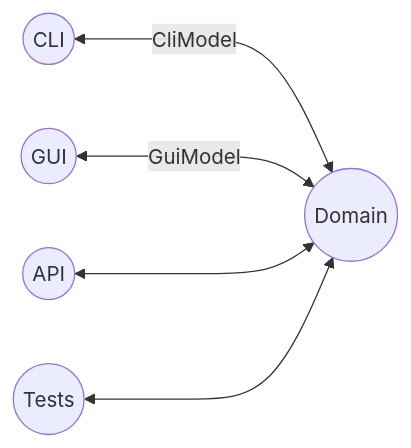
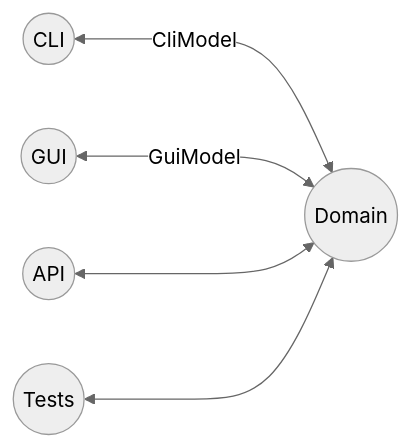
One commit to openvinotoolkit/datumaro changed the second of 2 diagrams in site/content/en/docs/developer_manual.md. Above: the diagram before and after it, drawn with Mermaid. The commit also changed other lines of this file and 54 other files, not shown here.

````diff
--- a/site/content/en/docs/developer_manual.md
+++ b/site/content/en/docs/developer_manual.md
@@ -350,7 +453,8 @@
 ```mermaid
+%%{init { 'theme':'neutral' }}%%
 flowchart LR
     c((CLI))<--CliModel--->d((Domain))
     g((GUI))<--GuiModel--->d
     a((API))<--->d
     t((Tests))<--->d
 ```
````
